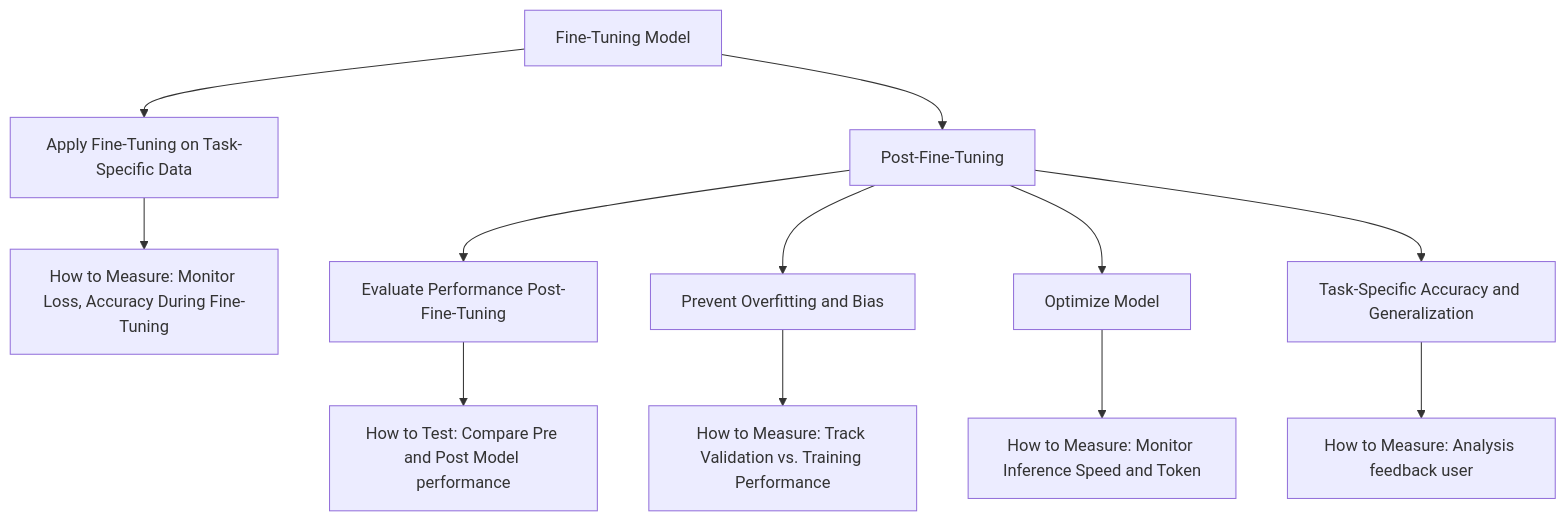
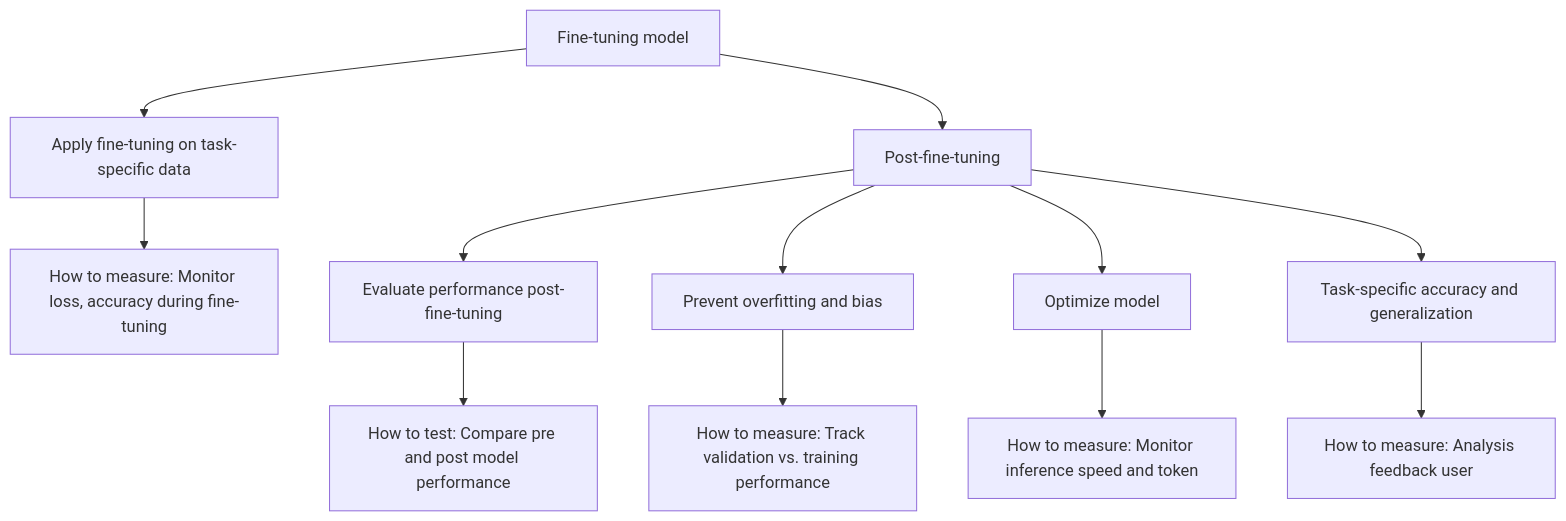
One commit to dwarvesf/playground changed the second of 4 diagrams in AI/Building LLM system/evaluation-guideline-for-LLM-application.md. Above: the diagram before and after it, drawn with Mermaid. The commit also changed other lines of this file and 17 other files, not shown here.

````diff
--- a/AI/Building LLM system/evaluation-guideline-for-LLM-application.md
+++ b/AI/Building LLM system/evaluation-guideline-for-LLM-application.md
@@ -93,18 +94,18 @@
 ```mermaid
 graph TD
-    J[Fine-Tuning Model]
-    J --> K[Apply Fine-Tuning on Task-Specific Data]
-    K --> L[How to Measure: Monitor Loss, Accuracy During Fine-Tuning]
+    J[Fine-tuning model]
+    J --> K[Apply fine-tuning on task-specific data]
+    K --> L[How to measure: Monitor loss, accuracy during fine-tuning]
 
-    J --> M[Post-Fine-Tuning]
-    M --> N[Evaluate Performance Post-Fine-Tuning]
-    N --> O[How to Test: Compare Pre and Post Model performance]
-    M --> P[Prevent Overfitting and Bias]
-    P --> Q[How to Measure: Track Validation vs. Training Performance]
+    J --> M[Post-fine-tuning]
+    M --> N[Evaluate performance post-fine-tuning]
+    N --> O[How to test: Compare pre and post model performance]
+    M --> P[Prevent overfitting and bias]
+    P --> Q[How to measure: Track validation vs. training performance]
 
-    M --> R[Optimize Model]
-    R --> S[How to Measure: Monitor Inference Speed and Token]
-    M --> T[Task-Specific Accuracy and Generalization]
-    T --> U[How to Measure: Analysis feedback user]
+    M --> R[Optimize model]
+    R --> S[How to measure: Monitor inference speed and token]
+    M --> T[Task-specific accuracy and generalization]
+    T --> U[How to measure: Analysis feedback user]
 
 ```
````
